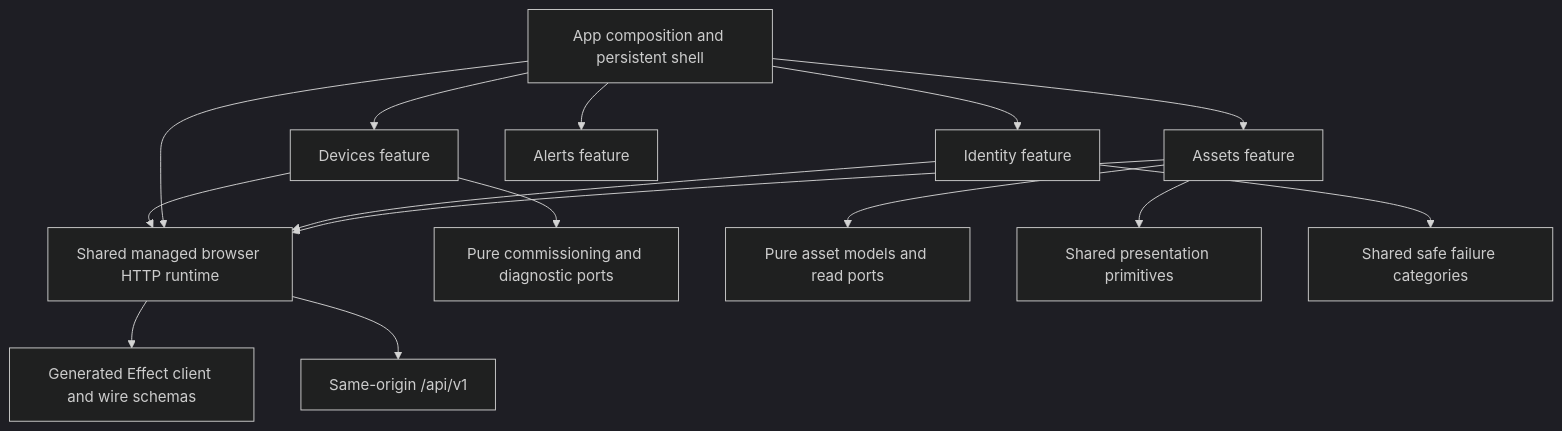
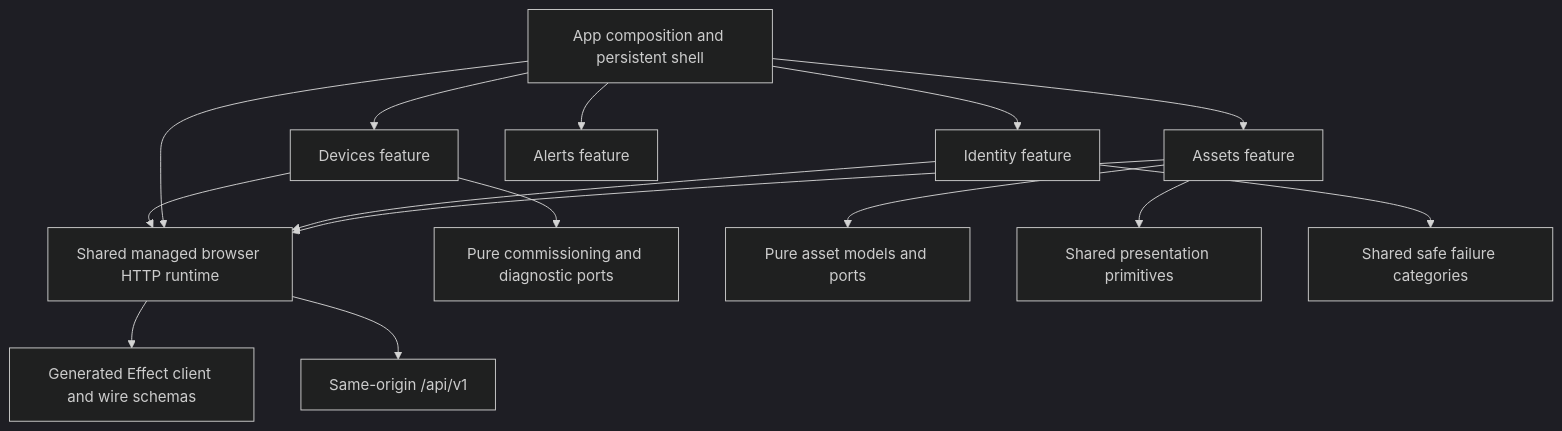
The diagram in ARCHITECTURE.md (stanimirivanov/fleetiq-ui), drawn with Mermaid (dark theme) before and after one commit. The commit also changed other lines of this file and 48 other files, not shown here.

````diff
--- a/ARCHITECTURE.md
+++ b/ARCHITECTURE.md
@@ -13,17 +13,17 @@
 ```mermaid
 flowchart TD
   App[App composition and persistent shell] --> Identity[Identity feature]
   App --> Assets[Assets feature]
   App --> Alerts[Alerts feature]
   App --> Devices[Devices feature]
   Devices --> Runtime
   Devices --> DevicePorts[Pure commissioning and diagnostic ports]
   App --> Runtime[Shared managed browser HTTP runtime]
   Identity --> Runtime
   Assets --> Runtime
   Runtime --> Generated[Generated Effect client and wire schemas]
   Runtime --> API[Same-origin /api/v1]
-  Assets --> Model[Pure asset models and read ports]
+  Assets --> Model[Pure asset models and ports]
   Assets --> UI[Shared presentation primitives]
   Identity --> Failures[Shared safe failure categories]
 ```
````
